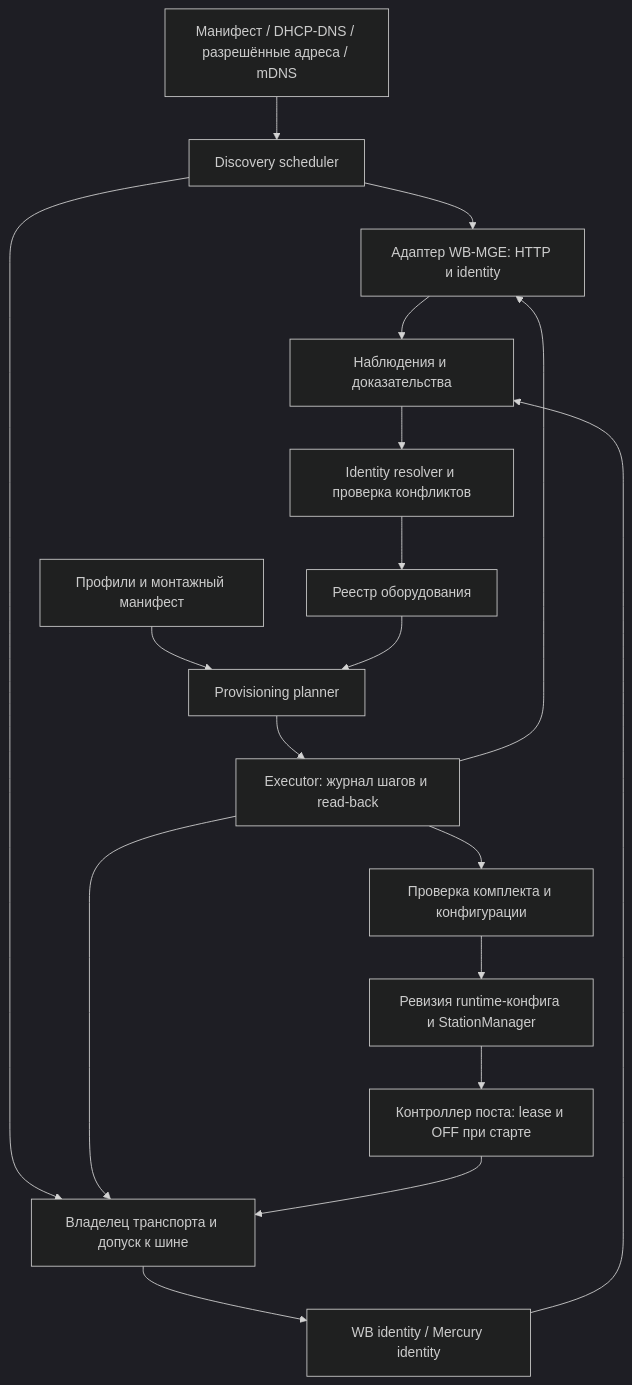
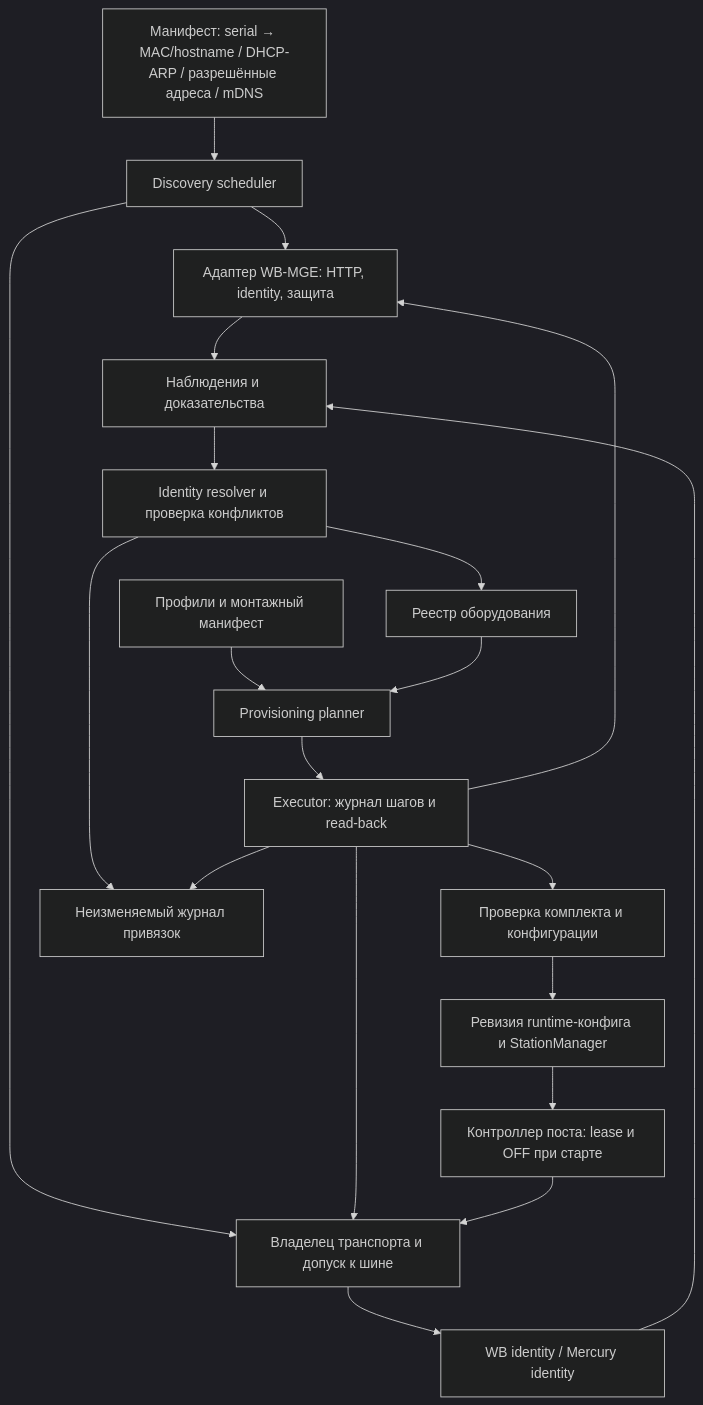
The first of 2 diagrams in docs/hardware_discovery_provisioning_architecture_2026-09-25.md (kmlebedev/EVcomm), drawn with Mermaid (dark theme) before and after one commit. The commit also changed other lines of this file and 5 other files, not shown here.

````diff
--- a/docs/hardware_discovery_provisioning_architecture_2026-09-25.md
+++ b/docs/hardware_discovery_provisioning_architecture_2026-09-25.md
@@ -122,20 +194,22 @@
 ```mermaid
 flowchart TD
-    Seeds["Манифест / DHCP-DNS / разрешённые адреса / mDNS"] --> Discover["Discovery scheduler"]
-    Discover --> Gateway["Адаптер WB-MGE: HTTP и identity"]
+    Seeds["Манифест: serial → MAC/hostname / DHCP-ARP / разрешённые адреса / mDNS"] --> Discover["Discovery scheduler"]
+    Discover --> Gateway["Адаптер WB-MGE: HTTP, identity, защита"]
     Discover --> Owner["Владелец транспорта и допуск к шине"]
     Owner --> Probes["WB identity / Mercury identity"]
     Gateway --> Obs["Наблюдения и доказательства"]
     Probes --> Obs
     Obs --> Resolve["Identity resolver и проверка конфликтов"]
     Resolve --> Inventory["Реестр оборудования"]
     Manifest["Профили и монтажный манифест"] --> Plan["Provisioning planner"]
     Inventory --> Plan
     Plan --> Exec["Executor: журнал шагов и read-back"]
     Exec --> Owner
     Exec --> Gateway
     Exec --> Validate["Проверка комплекта и конфигурации"]
     Validate --> Runtime["Ревизия runtime-конфига и StationManager"]
     Runtime --> Control["Контроллер поста: lease и OFF при старте"]
     Control --> Owner
+    Resolve --> Journal["Неизменяемый журнал привязок"]
+    Exec --> Journal
 ```
````
